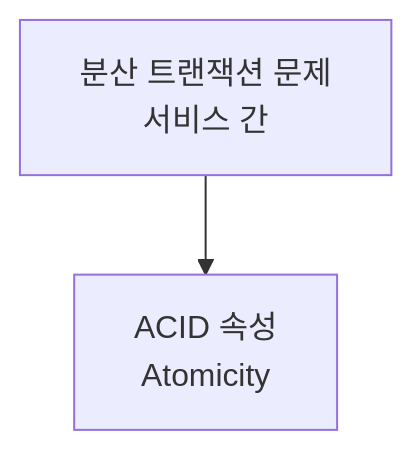
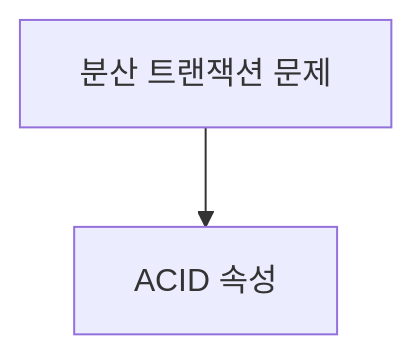
The first of 14 diagrams in _posts/architecture/2026-05-02-distributed-transaction-deep.md (yjkim2015/yjkim2015.github.io), drawn with Mermaid before and after one commit. The commit also changed other lines of this file and 217 other files, not shown here.

First line of the commit message:
Mermaid 크기 수정: useMaxWidth:true + SVG max-width:100% + 라벨 축소

````diff
--- a/_posts/architecture/2026-05-02-distributed-transaction-deep.md
+++ b/_posts/architecture/2026-05-02-distributed-transaction-deep.md
@@ -24,5 +24,5 @@
 ```mermaid
 graph TD
-    Problem["분산 트랜잭션 문제\n서비스 간"]
-    Problem --> ACID["ACID 속성\nAtomicity"]
+    Problem["분산 트랜잭션 문제"]
+    Problem --> ACID["ACID 속성"]
 ```
````
